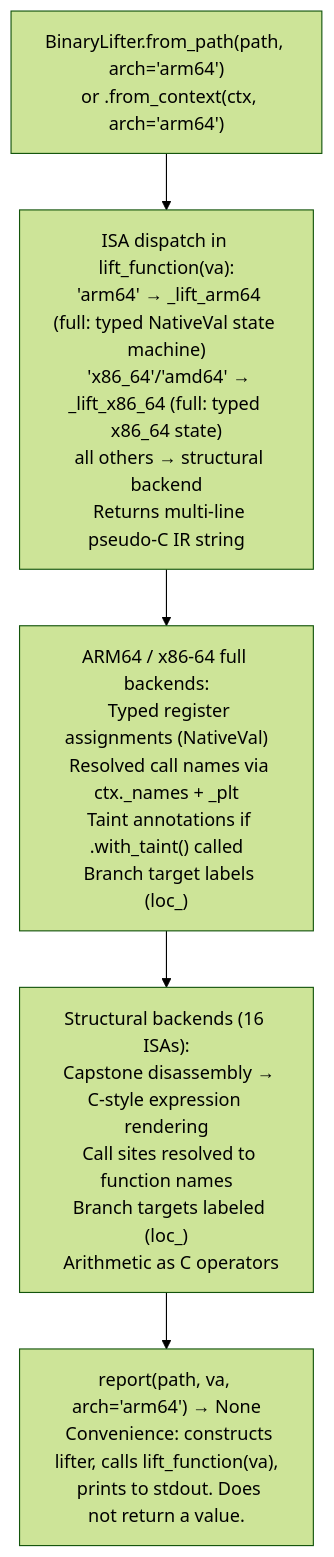
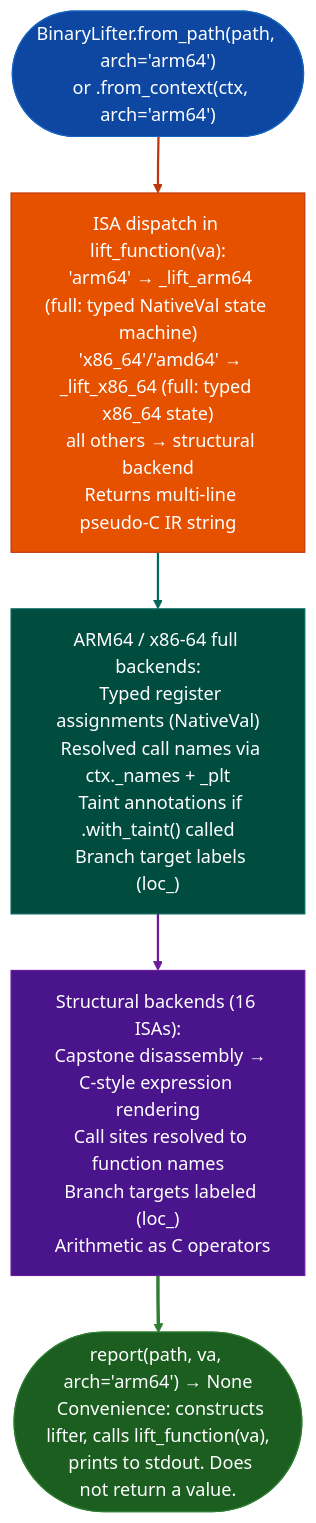
One commit to Ablation-Tool/ablation changed the diagram in docs/reference-modules/binary-lifting.md. Above: the diagram before and after it, drawn with Mermaid (forest theme). The commit also changed 320 other files, not shown here.

First line of the commit message:
docs: apply canonical Mermaid template to all 321 diagrams

````diff
--- a/docs/reference-modules/binary-lifting.md
+++ b/docs/reference-modules/binary-lifting.md
@@ -19,7 +19,17 @@
 ```mermaid
 flowchart TD
-    A["BinaryLifter.from_path(path, arch='arm64')\n  or .from_context(ctx, arch='arm64')"] --> B["ISA dispatch in lift_function(va):\n  'arm64' → _lift_arm64 (full: typed NativeVal state machine)\n  'x86_64'/'amd64' → _lift_x86_64 (full: typed x86_64 state)\n  all others → structural backend\n  Returns multi-line pseudo-C IR string"]
-    B --> C["ARM64 / x86-64 full backends:\n  Typed register assignments (NativeVal)\n  Resolved call names via ctx._names + _plt\n  Taint annotations if .with_taint() called\n  Branch target labels (loc_<va>)"]
-    C --> D["Structural backends (16 ISAs):\n  Capstone disassembly → C-style expression rendering\n  Call sites resolved to function names\n  Branch targets labeled (loc_<va>)\n  Arithmetic as C operators"]
-    D --> E["report(path, va, arch='arm64') → None\n  Convenience: constructs lifter, calls lift_function(va),\n  prints to stdout. Does not return a value."]
+    A(["BinaryLifter.from_path(path, arch='arm64')\n  or .from_context(ctx, arch='arm64')"]):::input --> B["ISA dispatch in lift_function(va):\n  'arm64' → _lift_arm64 (full: typed NativeVal state machine)\n  'x86_64'/'amd64' → _lift_x86_64 (full: typed x86_64 state)\n  all others → structural backend\n  Returns multi-line pseudo-C IR string"]:::primary
+    B:::primary --> C["ARM64 / x86-64 full backends:\n  Typed register assignments (NativeVal)\n  Resolved call names via ctx._names + _plt\n  Taint annotations if .with_taint() called\n  Branch target labels (loc_<va>)"]:::secondary
+    C:::secondary --> D["Structural backends (16 ISAs):\n  Capstone disassembly → C-style expression rendering\n  Call sites resolved to function names\n  Branch targets labeled (loc_<va>)\n  Arithmetic as C operators"]:::tertiary
+    D:::tertiary --> E(["report(path, va, arch='arm64') → None\n  Convenience: constructs lifter, calls lift_function(va),\n  prints to stdout. Does not return a value."]):::output
+    classDef input     fill:#0d47a1,stroke:#1565c0,color:#fff
+    classDef primary   fill:#e65100,stroke:#bf360c,color:#fff
+    classDef secondary fill:#004d40,stroke:#00695c,color:#fff
+    classDef tertiary  fill:#4a148c,stroke:#6a1b9a,color:#fff
+    classDef neutral   fill:#37474f,stroke:#546e7a,color:#fff
+    classDef output    fill:#1b5e20,stroke:#2e7d32,color:#fff
+    linkStyle 0 stroke:#bf360c,stroke-width:2px
+    linkStyle 1 stroke:#00695c,stroke-width:2px
+    linkStyle 2 stroke:#6a1b9a,stroke-width:2px
+    linkStyle 3 stroke:#2e7d32,stroke-width:3px
 ```
````
